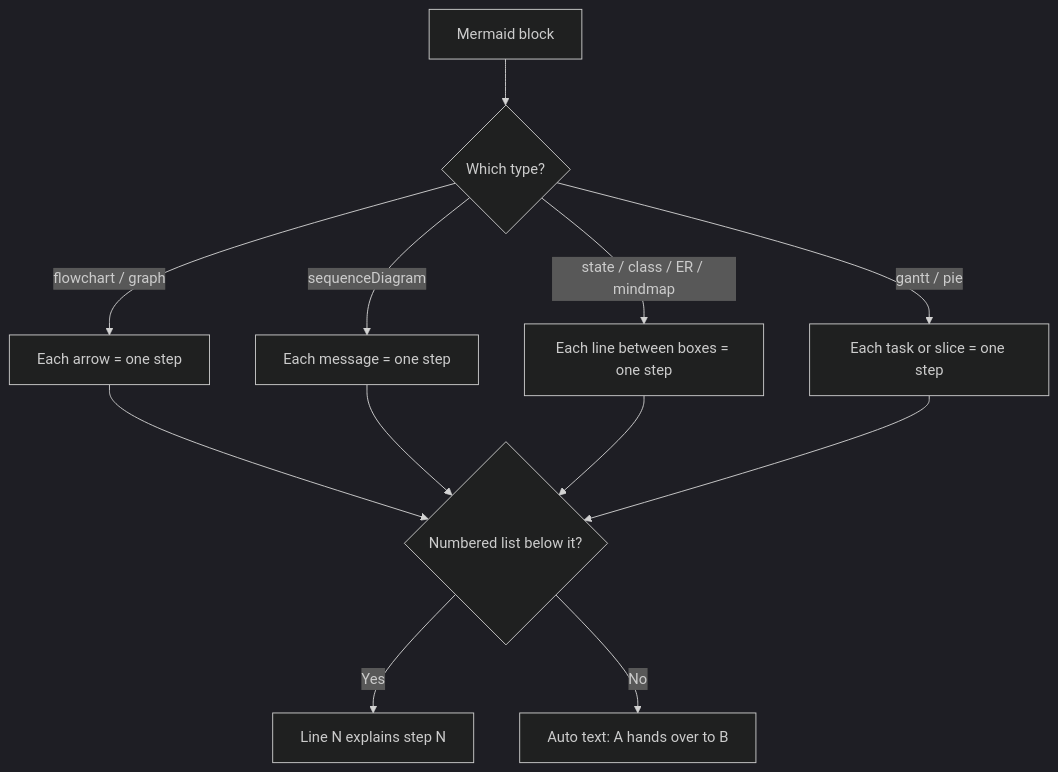
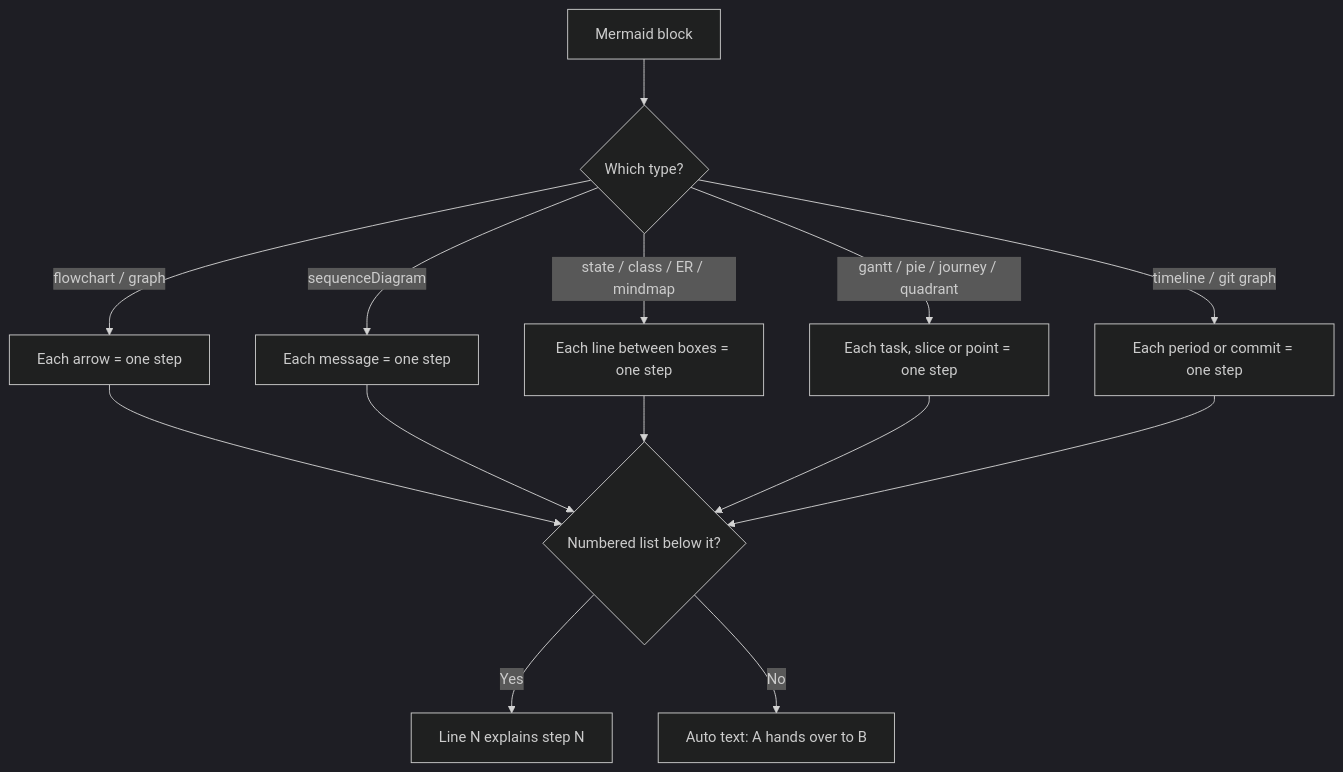
One commit to solutionforest/flow-explainer changed the second of 3 diagrams in README.md. Above: the diagram before and after it, drawn with Mermaid (dark theme). The commit also changed other lines of this file and 8 other files, not shown here.

Commit message:
Support journey, timeline, quadrantChart and gitGraph diagrams

````diff
--- a/README.md
+++ b/README.md
@@ -78,14 +78,16 @@
 ```mermaid
 flowchart TD
   A[Mermaid block] --> B{Which type?}
   B -->|flowchart / graph| C[Each arrow = one step]
   B -->|sequenceDiagram| D[Each message = one step]
   B -->|state / class / ER / mindmap| H[Each line between boxes = one step]
-  B -->|gantt / pie| I[Each task or slice = one step]
+  B -->|gantt / pie / journey / quadrant| I[Each task, slice or point = one step]
+  B -->|timeline / git graph| J[Each period or commit = one step]
   C --> E{Numbered list below it?}
   D --> E
   H --> E
   I --> E
+  J --> E
   E -->|Yes| F[Line N explains step N]
   E -->|No| G[Auto text: A hands over to B]
 ```
````
